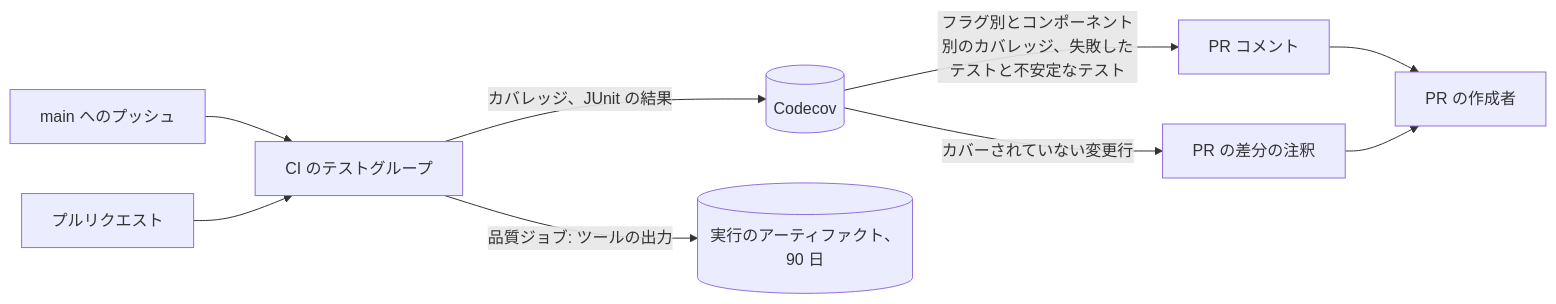
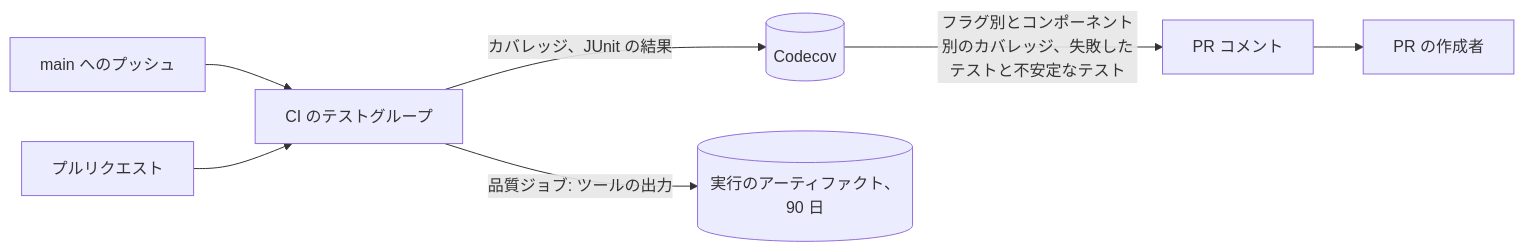
The diagram in translations/ja/docs/design-docs/test-quality-monitoring.md (syudead/vv), drawn with Mermaid before and after one commit. The commit also changed other lines of this file and 5 other files, not shown here.

````diff
--- a/translations/ja/docs/design-docs/test-quality-monitoring.md
+++ b/translations/ja/docs/design-docs/test-quality-monitoring.md
@@ -12,11 +12,9 @@
 ```mermaid
 flowchart LR
   push[main へのプッシュ] --> ci[CI のテストグループ]
   pr[プルリクエスト] --> ci
   ci -->|カバレッジ、JUnit の結果| codecov[(Codecov)]
   ci -->|品質ジョブ: ツールの出力| art[(実行のアーティファクト、90 日)]
   codecov -->|フラグ別とコンポーネント別のカバレッジ、失敗したテストと不安定なテスト| prc[PR コメント]
-  codecov -->|カバーされていない変更行| ann[PR の差分の注釈]
   prc --> author[PR の作成者]
-  ann --> author
 ```
````
